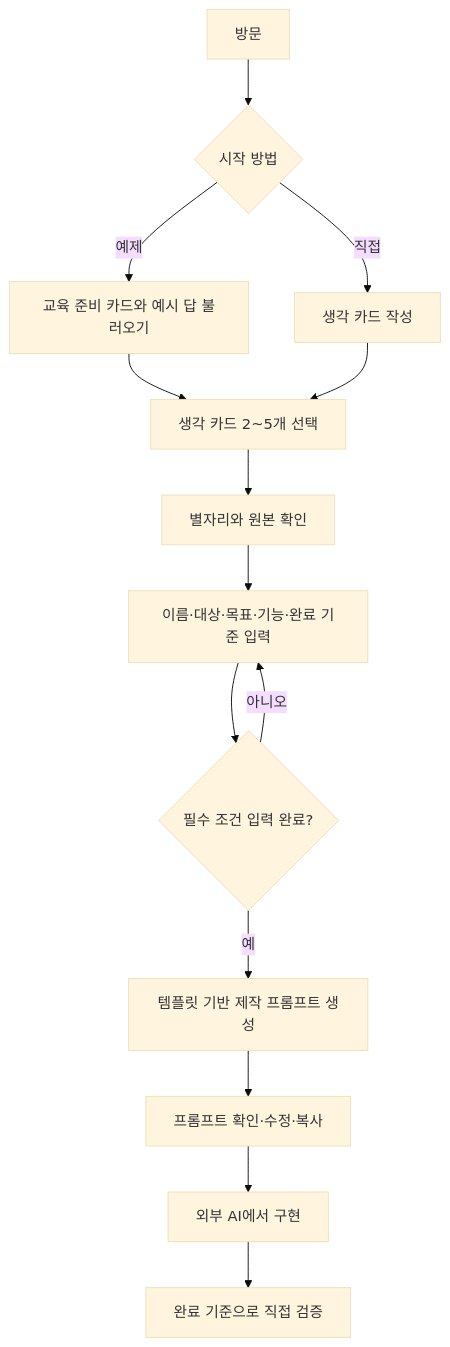
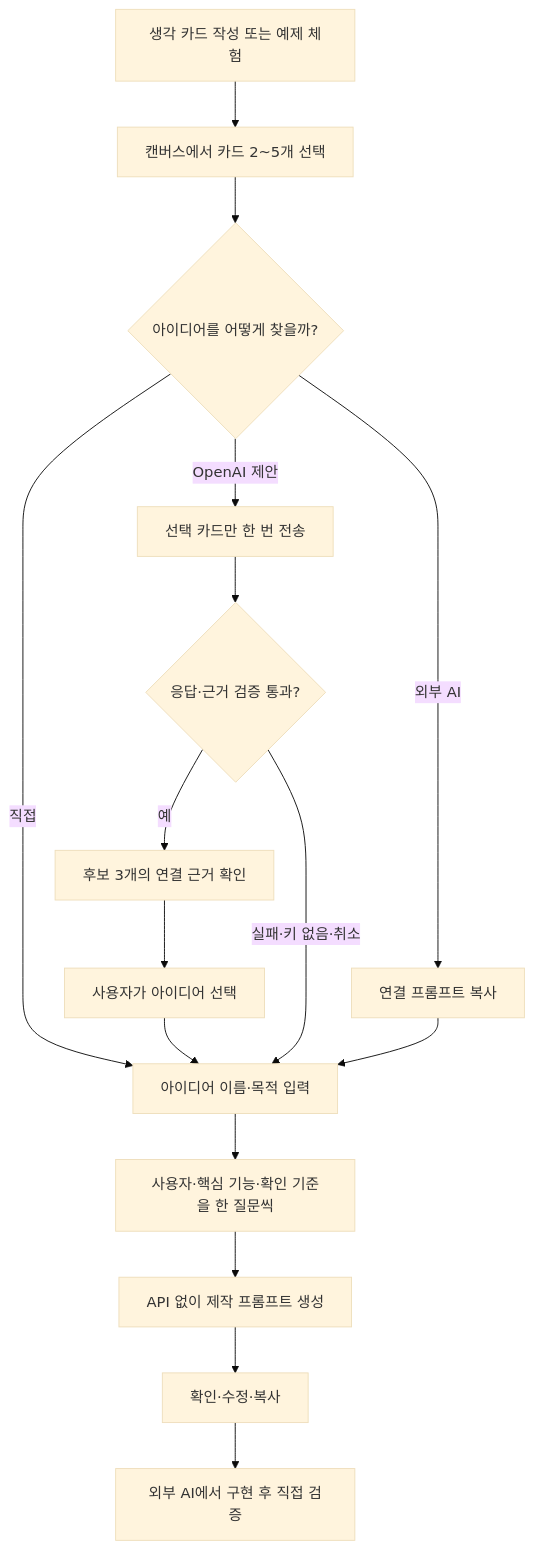
Before and after one commit to LamdaLee/Byeolieum: the diagram in docs/user-flow.md, drawn with Mermaid (base theme). The commit also changed other lines of this file and 16 other files, not shown here.

````diff
--- a/docs/user-flow.md
+++ b/docs/user-flow.md
@@ -3,16 +3,18 @@
 ```mermaid
 flowchart TD
- A[방문] --> B{시작 방법}
- B -->|예제| C[교육 준비 카드와 예시 답 불러오기]
- B -->|직접| D[생각 카드 작성]
- C --> E[생각 카드 2~5개 선택]
- D --> E
- E --> F[별자리와 원본 확인]
- F --> G[이름·대상·목표·기능·완료 기준 입력]
- G --> H{필수 조건 입력 완료?}
- H -->|아니오| G
- H -->|예| I[템플릿 기반 제작 프롬프트 생성]
- I --> J[프롬프트 확인·수정·복사]
- J --> K[외부 AI에서 구현]
- K --> L[완료 기준으로 직접 검증]
+ A[생각 카드 작성 또는 예제 체험] --> B[캔버스에서 카드 2~5개 선택]
+ B --> C{아이디어를 어떻게 찾을까?}
+ C -->|직접| D[아이디어 이름·목적 입력]
+ C -->|OpenAI 제안| E[선택 카드만 한 번 전송]
+ C -->|외부 AI| F[연결 프롬프트 복사]
+ E --> G{응답·근거 검증 통과?}
+ G -->|예| H[후보 3개의 연결 근거 확인]
+ H --> I[사용자가 아이디어 선택]
+ I --> D
+ G -->|실패·키 없음·취소| D
+ F --> D
+ D --> J[사용자·핵심 기능·확인 기준을 한 질문씩]
+ J --> K[API 없이 제작 프롬프트 생성]
+ K --> L[확인·수정·복사]
+ L --> M[외부 AI에서 구현 후 직접 검증]
 ```
````
